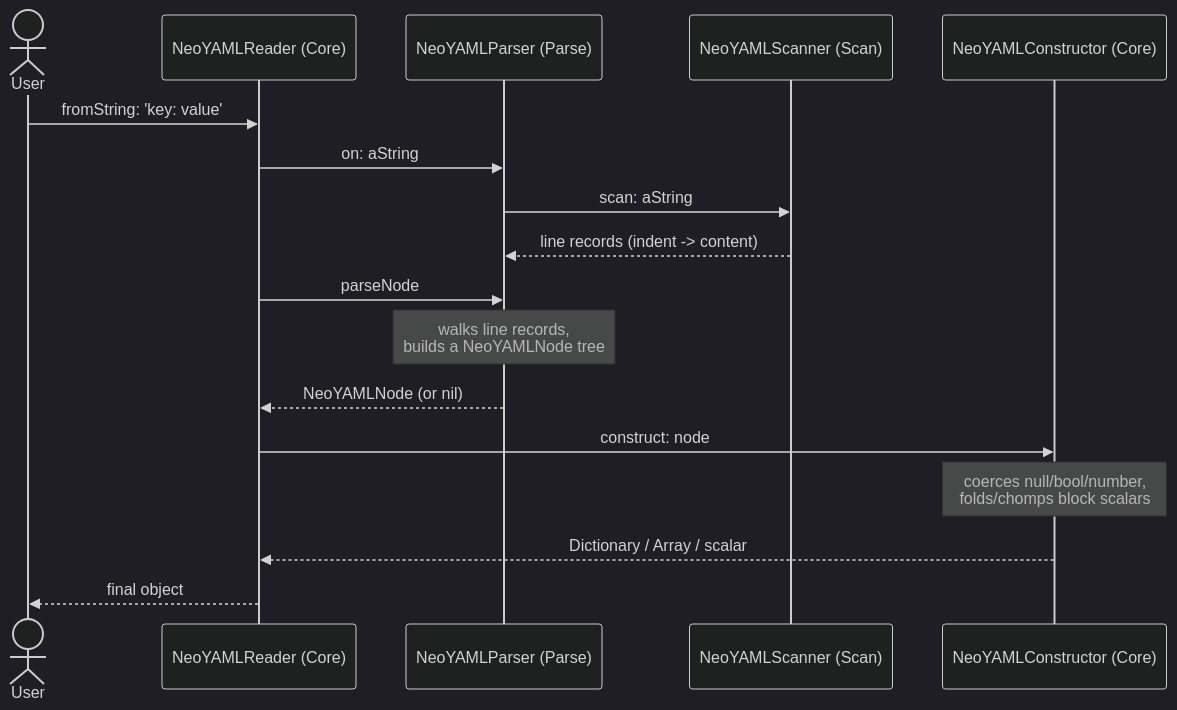
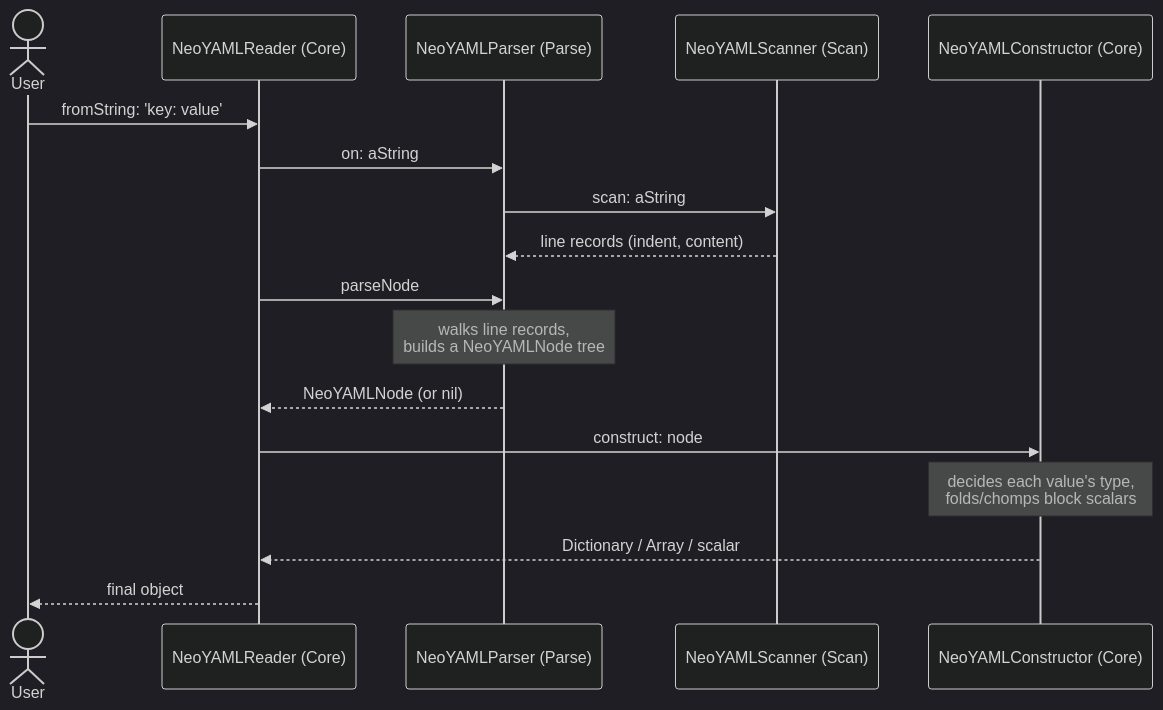
One commit to newapplesho/NeoYAML changed the second of 2 diagrams in docs/architecture.md. Above: the diagram before and after it, drawn with Mermaid (dark theme). The commit also changed other lines of this file and 12 other files, not shown here.

First line of the commit message:
docs: add architecture/parser/usage guides and NeoYAMLParserTest (#5)

````diff
--- a/docs/architecture.md
+++ b/docs/architecture.md
@@ -119,20 +100,20 @@
 ```mermaid
 sequenceDiagram
     actor User
     participant Reader as NeoYAMLReader (Core)
     participant Parser as NeoYAMLParser (Parse)
     participant Scanner as NeoYAMLScanner (Scan)
     participant Constructor as NeoYAMLConstructor (Core)
 
     User->>Reader: fromString: 'key: value'
     Reader->>Parser: on: aString
     Parser->>Scanner: scan: aString
-    Scanner-->>Parser: line records (indent -> content)
+    Scanner-->>Parser: line records (indent, content)
     Reader->>Parser: parseNode
     Note over Parser: walks line records,<br/>builds a NeoYAMLNode tree
     Parser-->>Reader: NeoYAMLNode (or nil)
     Reader->>Constructor: construct: node
-    Note over Constructor: coerces null/bool/number,<br/>folds/chomps block scalars
+    Note over Constructor: decides each value's type,<br/>folds/chomps block scalars
     Constructor-->>Reader: Dictionary / Array / scalar
     Reader-->>User: final object
 ```
````
